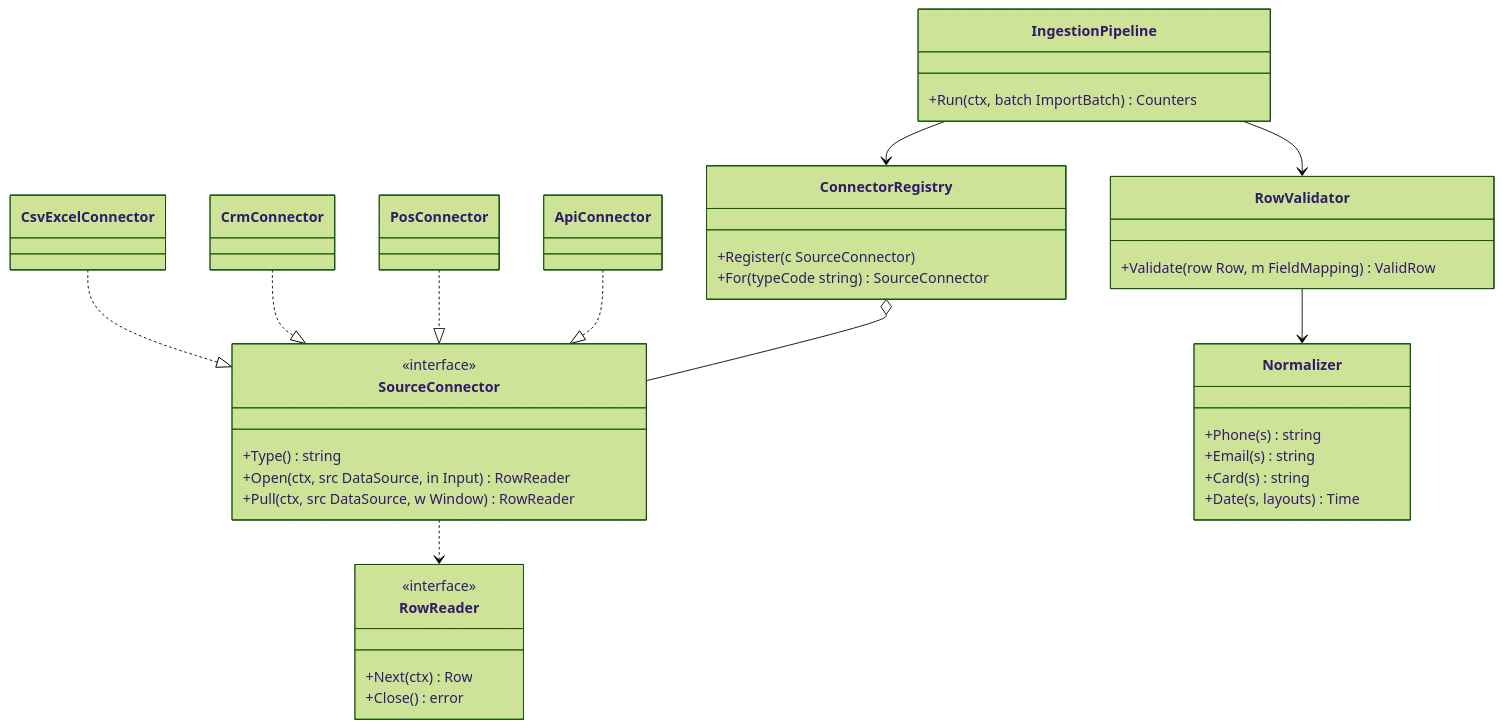
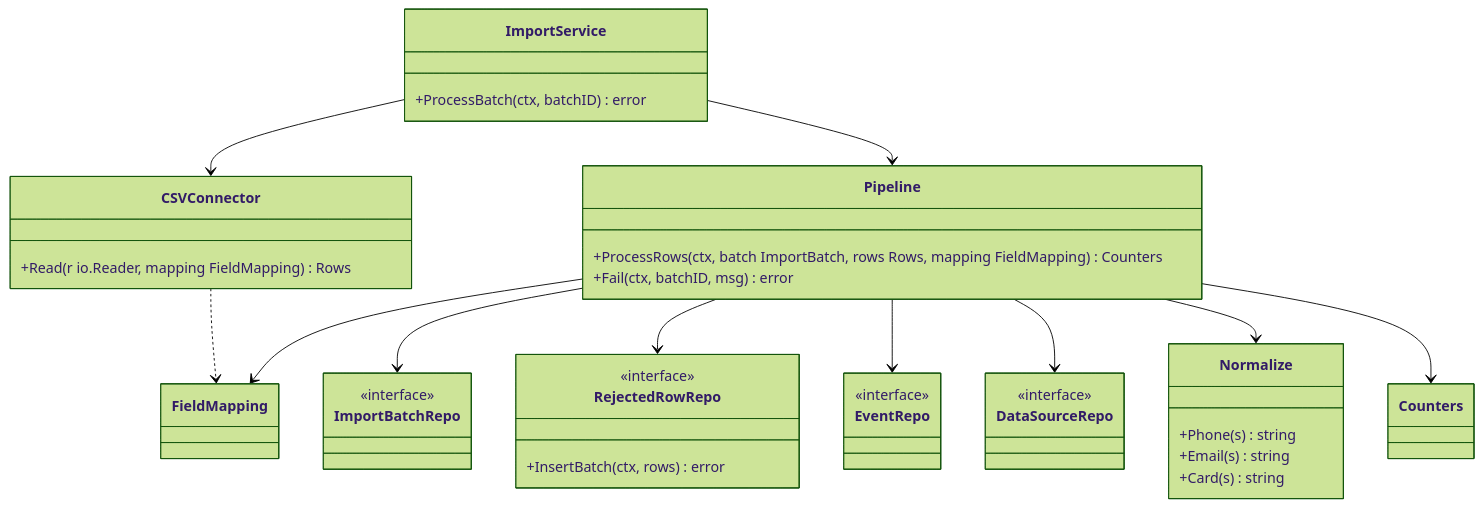
One commit to MangriMen/UCRP changed the second of 6 diagrams in docs/design/10-class-diagram.md. Above: the diagram before and after it, drawn with Mermaid (forest theme). The commit also changed other lines of this file and 195 other files, not shown here.

````diff
--- a/docs/design/10-class-diagram.md
+++ b/docs/design/10-class-diagram.md
@@ -52,43 +56,43 @@
 ```mermaid
 classDiagram
-  class SourceConnector {
+  class CSVConnector {
+    +Read(r io.Reader, mapping FieldMapping) Rows
+  }
+  class FieldMapping
+  class Pipeline {
+    +ProcessRows(ctx, batch ImportBatch, rows Rows, mapping FieldMapping) Counters
+    +Fail(ctx, batchID, msg) error
+  }
+  class Counters
+  class ImportService {
+    +ProcessBatch(ctx, batchID) error
+  }
+  class ImportBatchRepo {
     <<interface>>
-    +Type() string
-    +Open(ctx, src DataSource, in Input) RowReader
-    +Pull(ctx, src DataSource, w Window) RowReader
   }
-  class RowReader {
+  class RejectedRowRepo {
     <<interface>>
-    +Next(ctx) Row
-    +Close() error
+    +InsertBatch(ctx, rows) error
   }
-  class CsvExcelConnector
-  class CrmConnector
-  class PosConnector
-  class ApiConnector
-  class ConnectorRegistry {
-    +Register(c SourceConnector)
-    +For(typeCode string) SourceConnector
+  class EventRepo {
+    <<interface>>
   }
-  class RowValidator {
-    +Validate(row Row, m FieldMapping) ValidRow
+  class DataSourceRepo {
+    <<interface>>
   }
-  class Normalizer {
+  class Normalize {
     +Phone(s) string
     +Email(s) string
     +Card(s) string
-    +Date(s, layouts) Time
   }
-  class IngestionPipeline {
-    +Run(ctx, batch ImportBatch) Counters
-  }
-  CsvExcelConnector ..|> SourceConnector
-  CrmConnector ..|> SourceConnector
-  PosConnector ..|> SourceConnector
-  ApiConnector ..|> SourceConnector
-  ConnectorRegistry o-- SourceConnector
-  SourceConnector ..> RowReader
-  IngestionPipeline --> ConnectorRegistry
-  IngestionPipeline --> RowValidator
-  RowValidator --> Normalizer
+  ImportService --> CSVConnector
+  ImportService --> Pipeline
+  CSVConnector ..> FieldMapping
+  Pipeline --> FieldMapping
+  Pipeline --> ImportBatchRepo
+  Pipeline --> RejectedRowRepo
+  Pipeline --> EventRepo
+  Pipeline --> DataSourceRepo
+  Pipeline --> Normalize
+  Pipeline --> Counters
 ```
````
